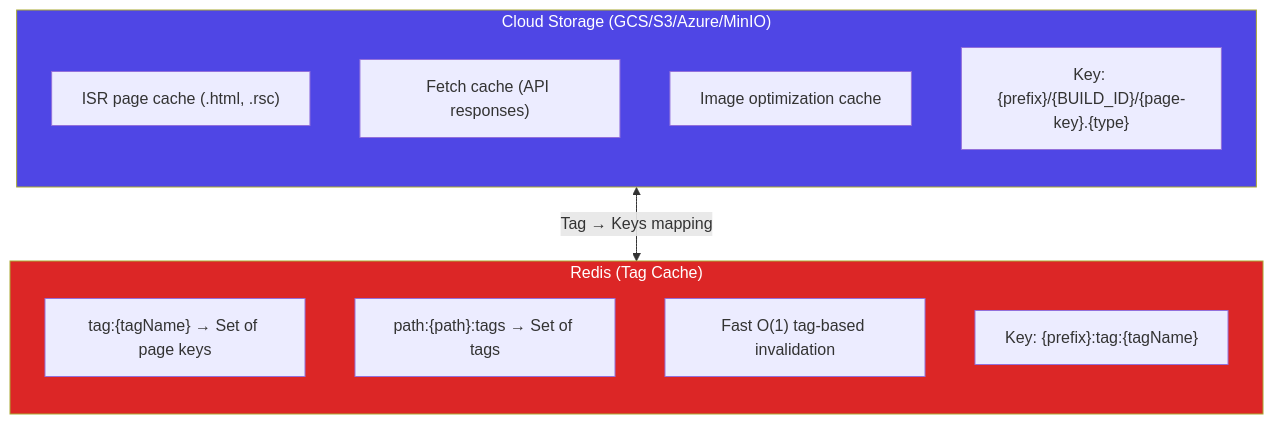
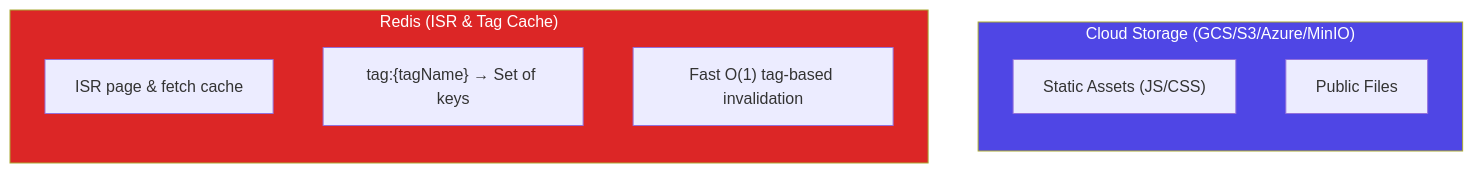
One commit to getknext-dev/knext changed the second of 3 diagrams in README.md. Above: the diagram before and after it, drawn with Mermaid. The commit also changed other lines of this file and 17 other files, not shown here.

````diff
--- a/README.md
+++ b/README.md
@@ -354,23 +327,20 @@
 ```mermaid
 flowchart TB
     subgraph Storage["Cloud Storage (GCS/S3/Azure/MinIO)"]
         direction TB
-        S1["ISR page cache (.html, .rsc)"]
-        S2["Fetch cache (API responses)"]
-        S3["Image optimization cache"]
-        S4["Key: {prefix}/{BUILD_ID}/{page-key}.{type}"]
+        S1["Static Assets (JS/CSS)"]
+        S2["Public Files"]
     end
     
-    subgraph Redis["Redis (Tag Cache)"]
+    subgraph Redis["Redis (ISR & Tag Cache)"]
         direction TB
-        R1["tag:{tagName} → Set of page keys"]
-        R2["path:{path}:tags → Set of tags"]
+        R1["ISR page & fetch cache"]
+        R2["tag:{tagName} → Set of keys"]
         R3["Fast O(1) tag-based invalidation"]
-        R4["Key: {prefix}:tag:{tagName}"]
     end
     
-    Storage <-->|"Tag → Keys mapping"| Redis
+    
 
     style Storage fill:#4f46e5,color:#fff
     style Redis fill:#dc2626,color:#fff
 ```
````
